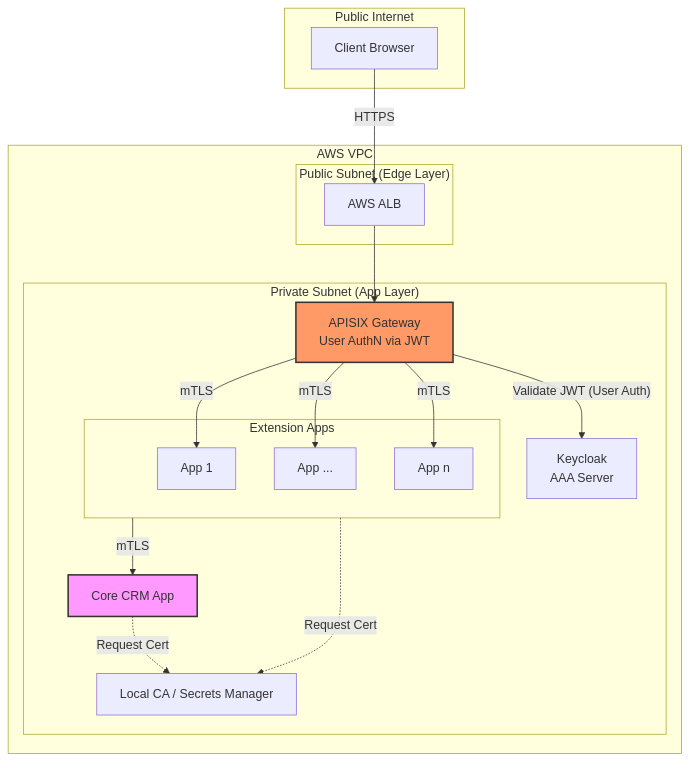
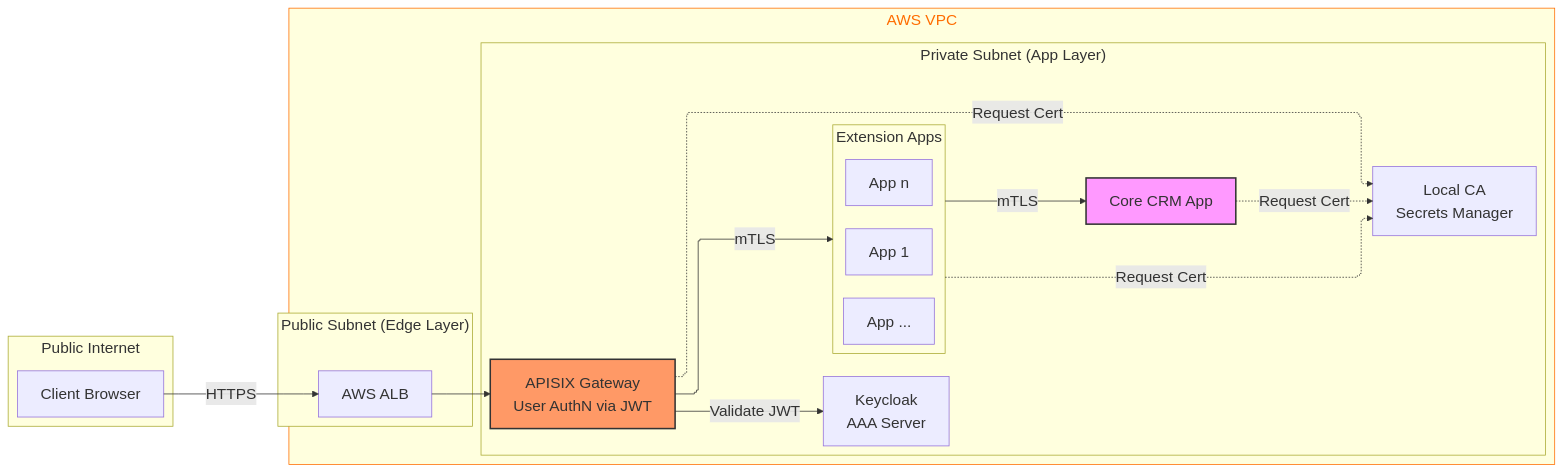
One commit to pxuanbach/Zero-Trust-API-Authentication changed the diagram in docs/propose4-v2.md. Above: the diagram before and after it, drawn with Mermaid. The commit also changed other lines of this file and 18 other files, not shown here.

Commit message:
Implement Keycloak authorization and expand AAA tests

````diff
--- a/docs/propose4-v2.md
+++ b/docs/propose4-v2.md
@@ -45,44 +45,46 @@
 ```mermaid
-graph TD
-    subgraph "Public Internet"
-        Client[Client Browser]
-    end
-
-    subgraph "AWS VPC"
-        subgraph "Public Subnet (Edge Layer)"
-            ALB[AWS ALB]
-        end
-
-        subgraph "Private Subnet (App Layer)"
-            APISIX[APISIX Gateway <br/> User AuthN via JWT]
-            Keycloak[Keycloak <br/> AAA Server]
-            
-            subgraph ExtensionApps["Extension Apps"]
-                ServiceA1[App 1]
-                ServiceA2[App ...]
-                ServiceAN[App n]
-            end
-
-            ServiceB[Core CRM App]
-
-            LocalCA[Local CA / Secrets Manager]
-        end
-    end
-
-    Client -->|HTTPS| ALB
+---
+config:
+  flowchart:
+    curve: stepBefore
+  themeVariables:
+    fontSize: 20px
+  layout: elk
+---
+flowchart LR
+ subgraph subGraph0["Public Internet"]
+        Client["Client Browser"]
+  end
+ subgraph subGraph1["Public Subnet (Edge Layer)"]
+        ALB["AWS ALB"]
+  end
+ subgraph ExtensionApps["Extension Apps"]
+        ServiceA1["App 1"]
+        ServiceA2["App ..."]
+        ServiceAN["App n"]
+  end
+ subgraph subGraph3["Private Subnet (App Layer)"]
+        APISIX["APISIX Gateway <br> User AuthN via JWT"]
+        Keycloak["Keycloak <br> AAA Server"]
+        ExtensionApps
+        ServiceB["Core CRM App"]
+        LocalCA["Local CA <br> Secrets Manager"]
+  end
+ subgraph subGraph4["AWS VPC"]
+    direction LR
+        subGraph1
+        subGraph3
+  end
+    Client -- HTTPS --> ALB
     ALB --> APISIX
-    
-    APISIX -- "Validate JWT (User Auth)" --> Keycloak
-    
-    APISIX -- "mTLS" --> ServiceA1
-    APISIX -- "mTLS" --> ServiceA2
-    APISIX -- "mTLS" --> ServiceAN
-    ExtensionApps -- "mTLS" --> ServiceB
-
-
-    ExtensionApps -.->|Request Cert| LocalCA
-    ServiceB -.->|Request Cert| LocalCA
+    APISIX -- Validate JWT --> Keycloak
+    APISIX -- mTLS --> ExtensionApps
+    ExtensionApps -- mTLS --> ServiceB
+    ExtensionApps -. Request Cert .-> LocalCA
+    ServiceB -. Request Cert .-> LocalCA
+    APISIX -. Request Cert .-> LocalCA
 
     style APISIX fill:#f96,stroke:#333,stroke-width:2px
     style ServiceB fill:#f9f,stroke:#333,stroke-width:2px
+    style subGraph4 color:#FF6D00,stroke:#FF6D00
 ```
````
